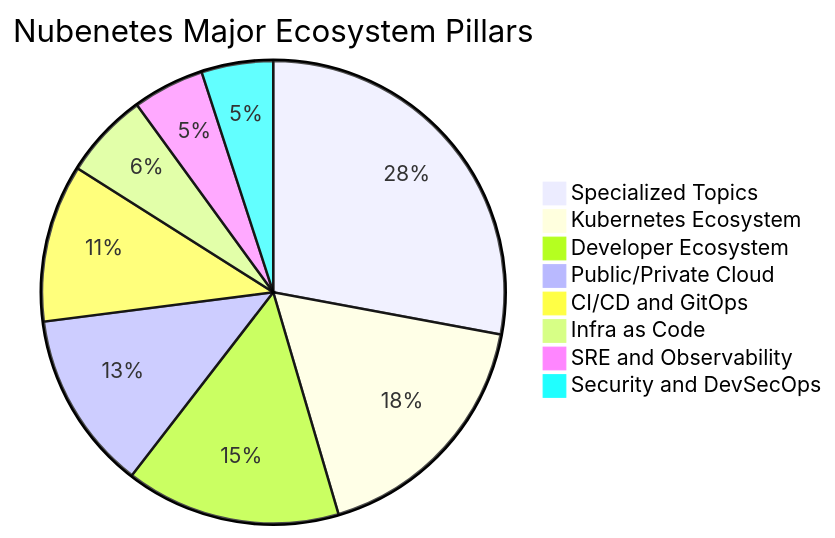
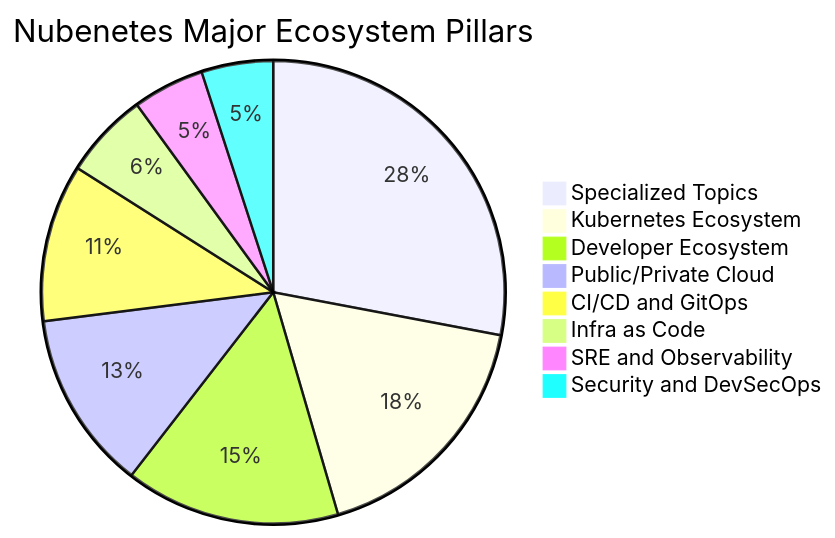
Before and after one commit to nubenetes/awesome-kubernetes: the second of 14 diagrams in README.md, drawn with Mermaid. The commit also changed other lines of this file and 4 other files, not shown here.

````diff
--- a/README.md
+++ b/README.md
@@ -308,11 +308,11 @@
 ```mermaid
 pie title Nubenetes Major Ecosystem Pillars
-    "Specialized Topics" : 5580
+    "Specialized Topics" : 5594
     "Kubernetes Ecosystem" : 3500
     "Developer Ecosystem" : 3000
     "Public/Private Cloud" : 2500
     "CI/CD and GitOps" : 2200
     "Infra as Code" : 1200
     "SRE and Observability" : 1000
     "Security and DevSecOps" : 1000
 ```
````
